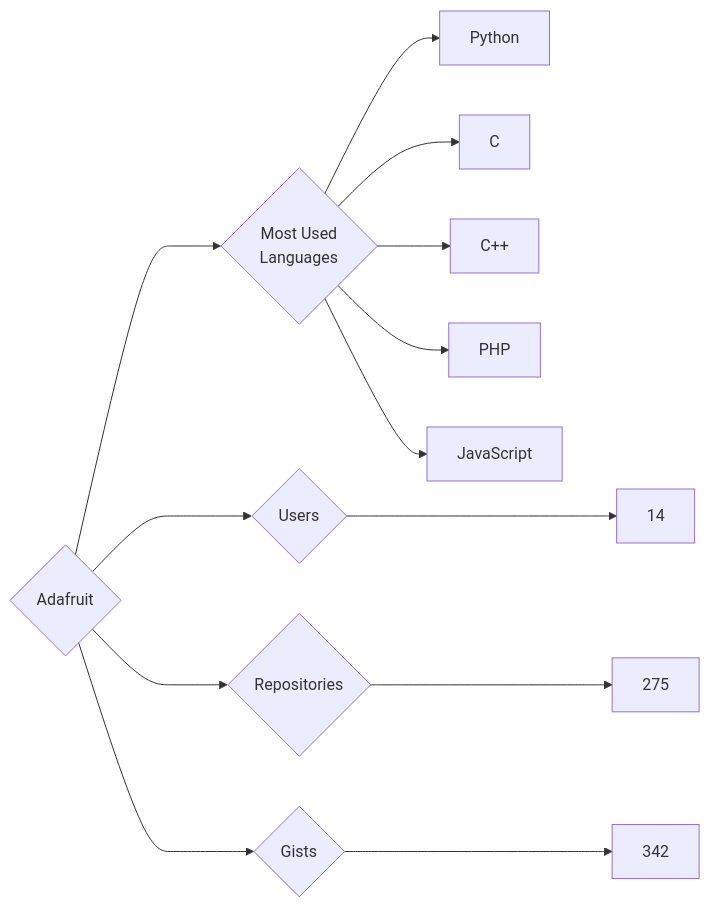
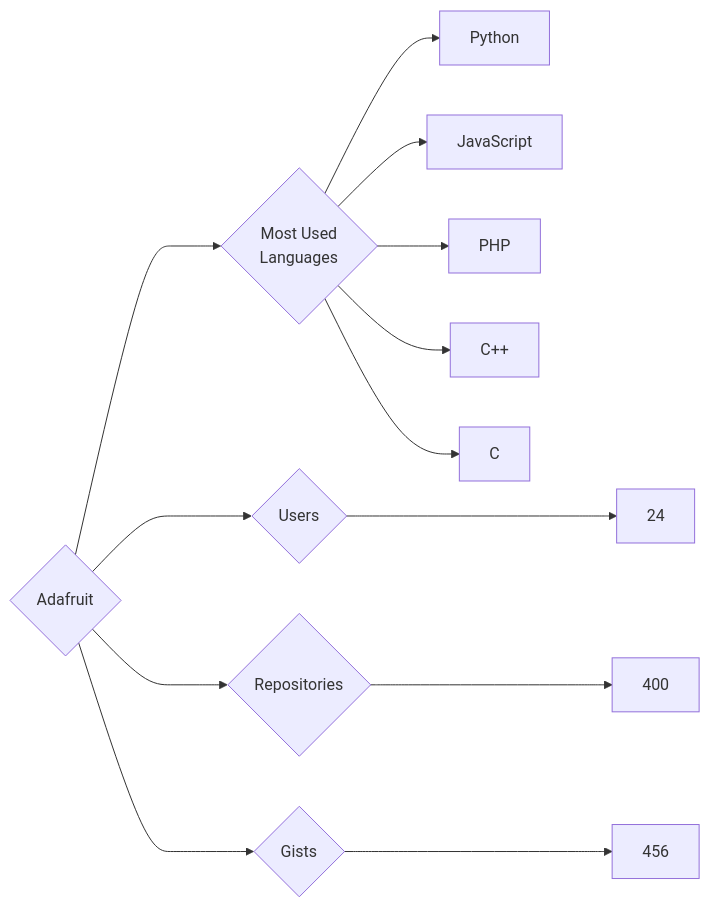
Before and after one commit to trickest/insiders: the diagram in targets/Adafruit/README.md, drawn with Mermaid. The commit also changed 823 other files, not shown here.

````diff
--- a/targets/Adafruit/README.md
+++ b/targets/Adafruit/README.md
@@ -3,13 +3,13 @@
 ```mermaid
 graph LR
 COMPANY_NAME{Adafruit}
-COMPANY_NAME ---> U{Users} ---> UN[14]
-COMPANY_NAME ---> R{Repositories} ---> RN[275]
-COMPANY_NAME ---> G{Gists} ---> GN[342]
+COMPANY_NAME ---> U{Users} ---> UN[24]
+COMPANY_NAME ---> R{Repositories} ---> RN[400]
+COMPANY_NAME ---> G{Gists} ---> GN[456]
 COMPANY_NAME ---> ML{Most Used<br>Languages}
 ML --> Python[Python]
+ML --> JavaScript[JavaScript]
+ML --> PHP[PHP]
+ML --> C++[C++]
 ML --> C[C]
-ML --> C++[C++]
-ML --> PHP[PHP]
-ML --> JavaScript[JavaScript]
 ```
````
